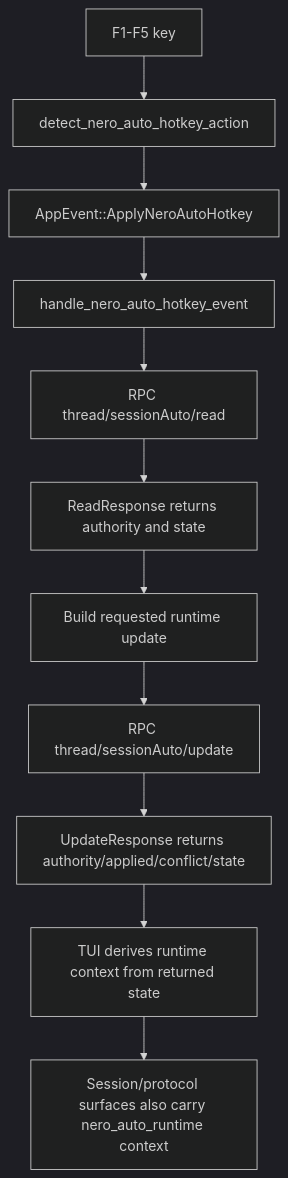
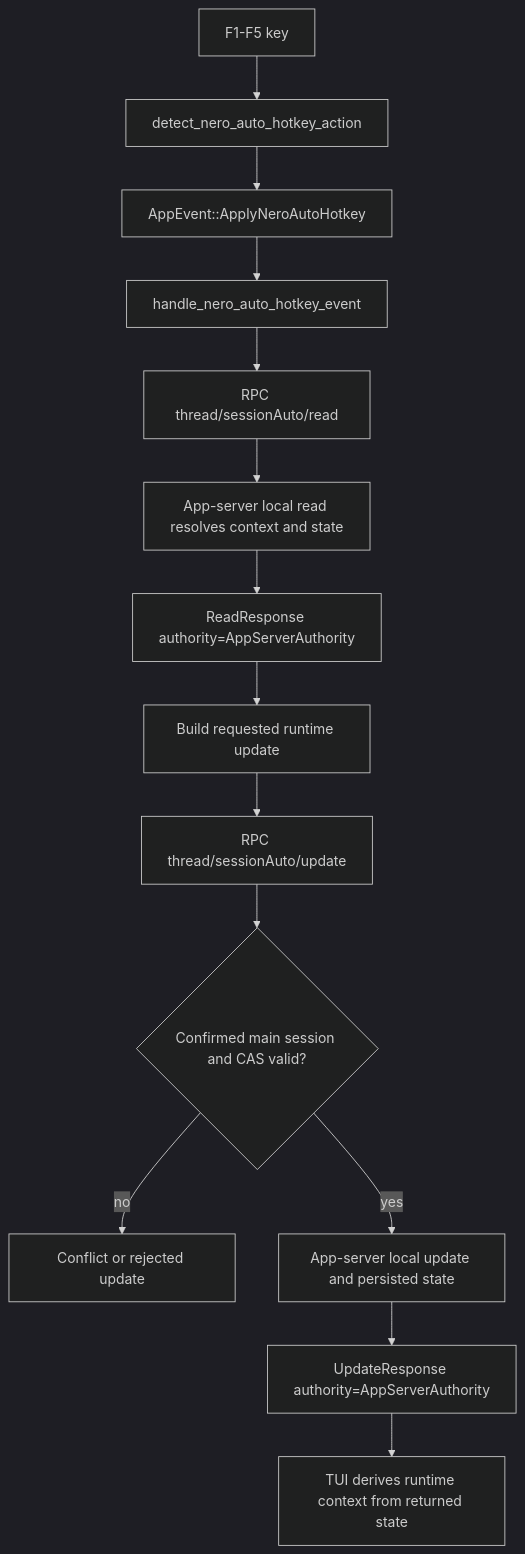
Before and after one commit to GattoUberNero/codex: the second of 4 diagrams in docs-nero-fork/codex-rs-fork-surface-atlas.md, drawn with Mermaid. The commit also changed other lines of this file and 99 other files, not shown here.

````diff
--- a/docs-nero-fork/codex-rs-fork-surface-atlas.md
+++ b/docs-nero-fork/codex-rs-fork-surface-atlas.md
@@ -355,14 +436,17 @@
 ```mermaid
 %%{ init: { 'theme': 'dark' } }%%
 flowchart TD
     A[F1-F5 key] --> B[detect_nero_auto_hotkey_action]
     B --> C[AppEvent::ApplyNeroAutoHotkey]
     C --> D[handle_nero_auto_hotkey_event]
     D --> E[RPC thread/sessionAuto/read]
-    E --> F[ReadResponse returns authority and state]
-    F --> G[Build requested runtime update]
-    G --> H[RPC thread/sessionAuto/update]
-    H --> I[UpdateResponse returns authority/applied/conflict/state]
-    I --> J[TUI derives runtime context from returned state]
-    J --> K[Session/protocol surfaces also carry nero_auto_runtime context]
+    E --> F[App-server local read resolves context and state]
+    F --> G[ReadResponse authority=AppServerAuthority]
+    G --> H[Build requested runtime update]
+    H --> I[RPC thread/sessionAuto/update]
+    I --> J{Confirmed main session and CAS valid?}
+    J -- no --> K[Conflict or rejected update]
+    J -- yes --> L[App-server local update and persisted state]
+    L --> M[UpdateResponse authority=AppServerAuthority]
+    M --> N[TUI derives runtime context from returned state]
 ```
````
